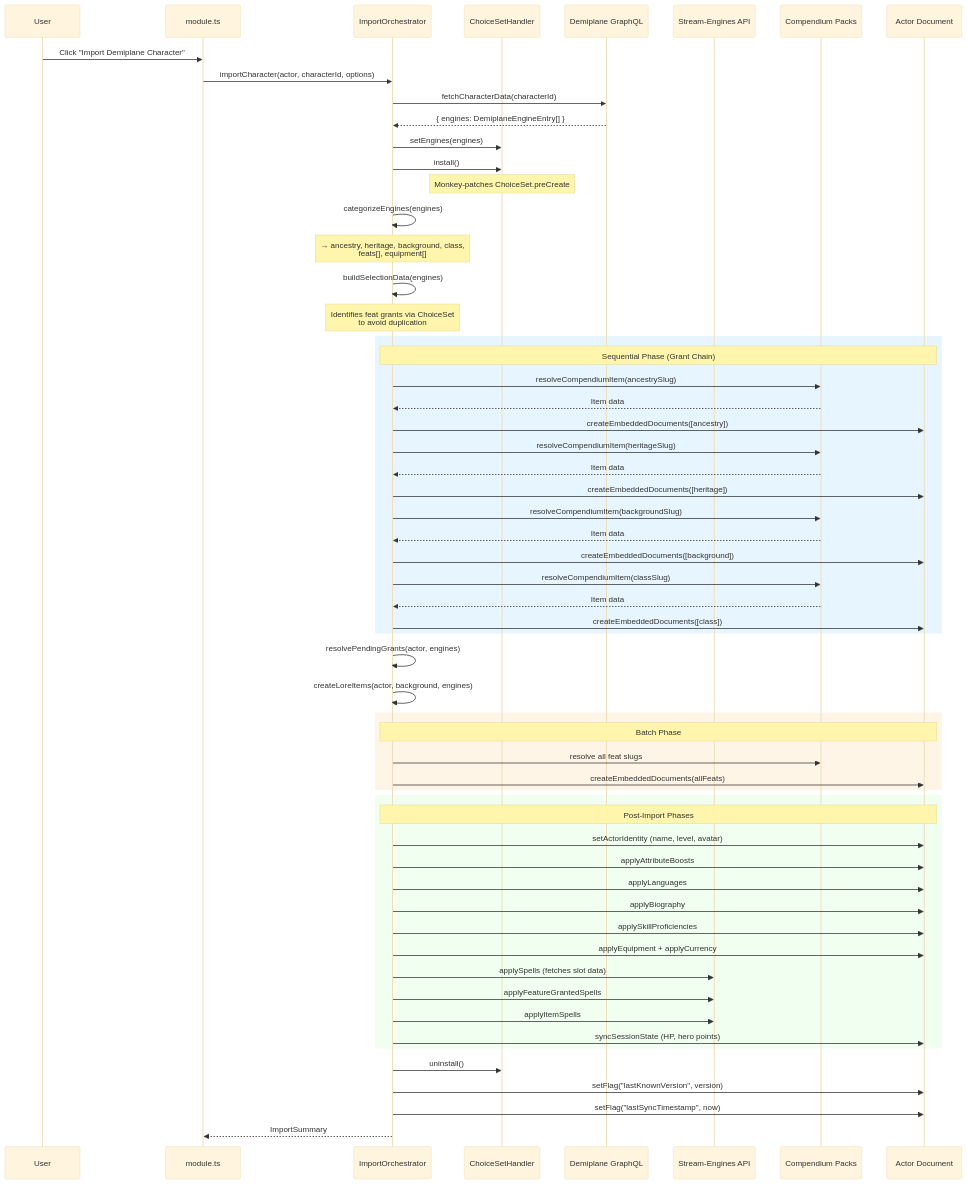
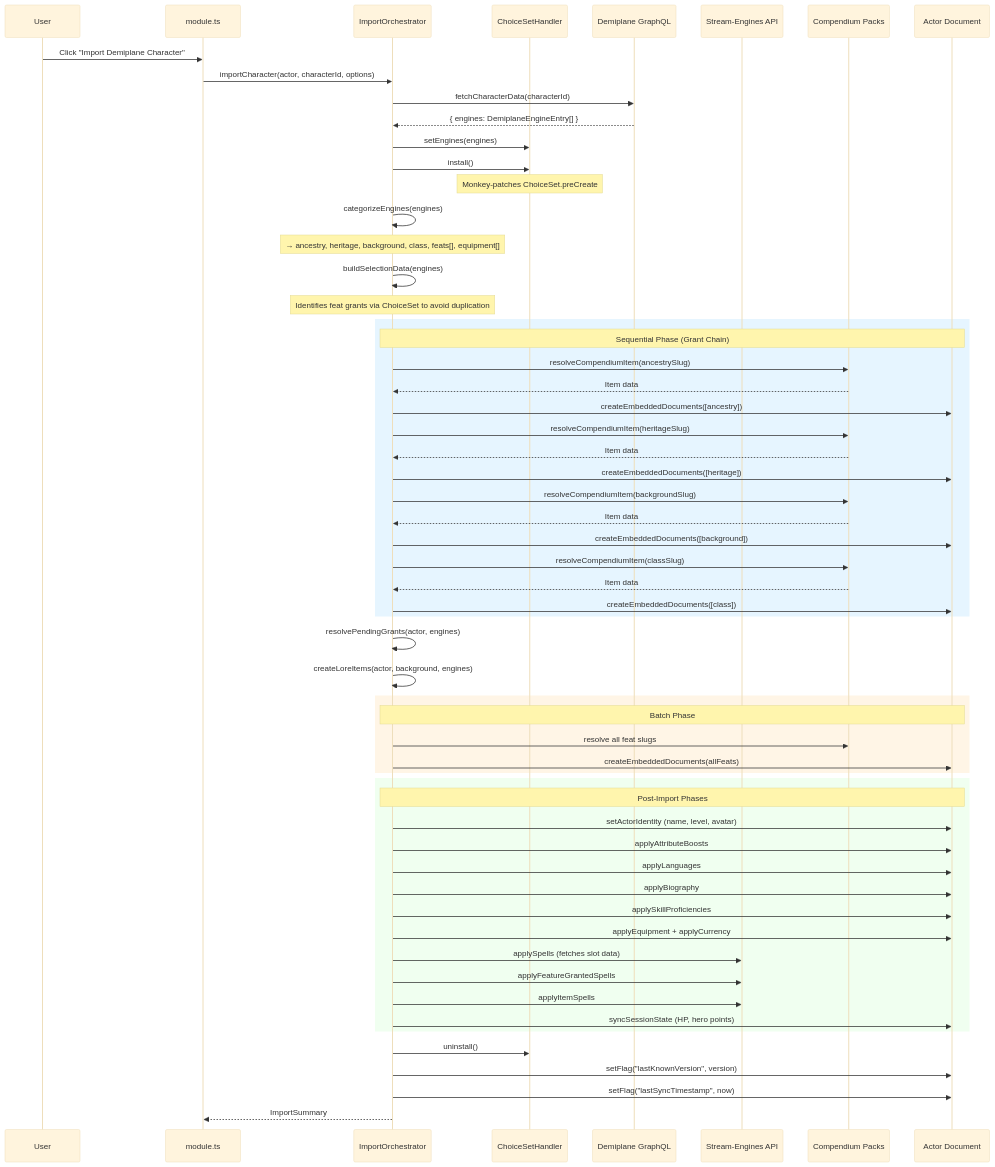
Before and after one commit to scooper4711/demiplane-pf2e: the fourth of 7 diagrams in docs/ARCHITECTURE.md, drawn with Mermaid (base theme). The commit also changed other lines of this file, not shown here.

Commit message:
docs: fix mermaid syntax error

````diff
--- a/docs/ARCHITECTURE.md
+++ b/docs/ARCHITECTURE.md
@@ -287,74 +287,74 @@
 ```mermaid
 sequenceDiagram
     participant User
     participant Module as module.ts
     participant IO as ImportOrchestrator
     participant CSH as ChoiceSetHandler
     participant GQL as Demiplane GraphQL
     participant SE as Stream-Engines API
     participant Comp as Compendium Packs
     participant Act as Actor Document
 
     User->>Module: Click "Import Demiplane Character"
     Module->>IO: importCharacter(actor, characterId, options)
 
     IO->>GQL: fetchCharacterData(characterId)
     GQL-->>IO: { engines: DemiplaneEngineEntry[] }
 
     IO->>CSH: setEngines(engines)
     IO->>CSH: install()
     Note over CSH: Monkey-patches ChoiceSet.preCreate
 
     IO->>IO: categorizeEngines(engines)
-    Note over IO: → ancestry, heritage, background, class,<br/>feats[], equipment[]
+    Note over IO: → ancestry, heritage, background, class, feats[], equipment[]
 
     IO->>IO: buildSelectionData(engines)
-    Note over IO: Identifies feat grants via ChoiceSet<br/>to avoid duplication
+    Note over IO: Identifies feat grants via ChoiceSet to avoid duplication
 
     rect rgb(230, 245, 255)
         Note over IO,Act: Sequential Phase (Grant Chain)
         IO->>Comp: resolveCompendiumItem(ancestrySlug)
         Comp-->>IO: Item data
         IO->>Act: createEmbeddedDocuments([ancestry])
 
         IO->>Comp: resolveCompendiumItem(heritageSlug)
         Comp-->>IO: Item data
         IO->>Act: createEmbeddedDocuments([heritage])
 
         IO->>Comp: resolveCompendiumItem(backgroundSlug)
         Comp-->>IO: Item data
         IO->>Act: createEmbeddedDocuments([background])
 
         IO->>Comp: resolveCompendiumItem(classSlug)
         Comp-->>IO: Item data
         IO->>Act: createEmbeddedDocuments([class])
     end
 
     IO->>IO: resolvePendingGrants(actor, engines)
     IO->>IO: createLoreItems(actor, background, engines)
 
     rect rgb(255, 245, 230)
         Note over IO,Act: Batch Phase
         IO->>Comp: resolve all feat slugs
         IO->>Act: createEmbeddedDocuments(allFeats)
     end
 
     rect rgb(240, 255, 240)
         Note over IO,Act: Post-Import Phases
         IO->>Act: setActorIdentity (name, level, avatar)
         IO->>Act: applyAttributeBoosts
         IO->>Act: applyLanguages
         IO->>Act: applyBiography
         IO->>Act: applySkillProficiencies
         IO->>Act: applyEquipment + applyCurrency
         IO->>SE: applySpells (fetches slot data)
         IO->>SE: applyFeatureGrantedSpells
         IO->>SE: applyItemSpells
         IO->>Act: syncSessionState (HP, hero points)
     end
 
     IO->>CSH: uninstall()
     IO->>Act: setFlag("lastKnownVersion", version)
     IO->>Act: setFlag("lastSyncTimestamp", now)
     IO-->>Module: ImportSummary
 ```
````
